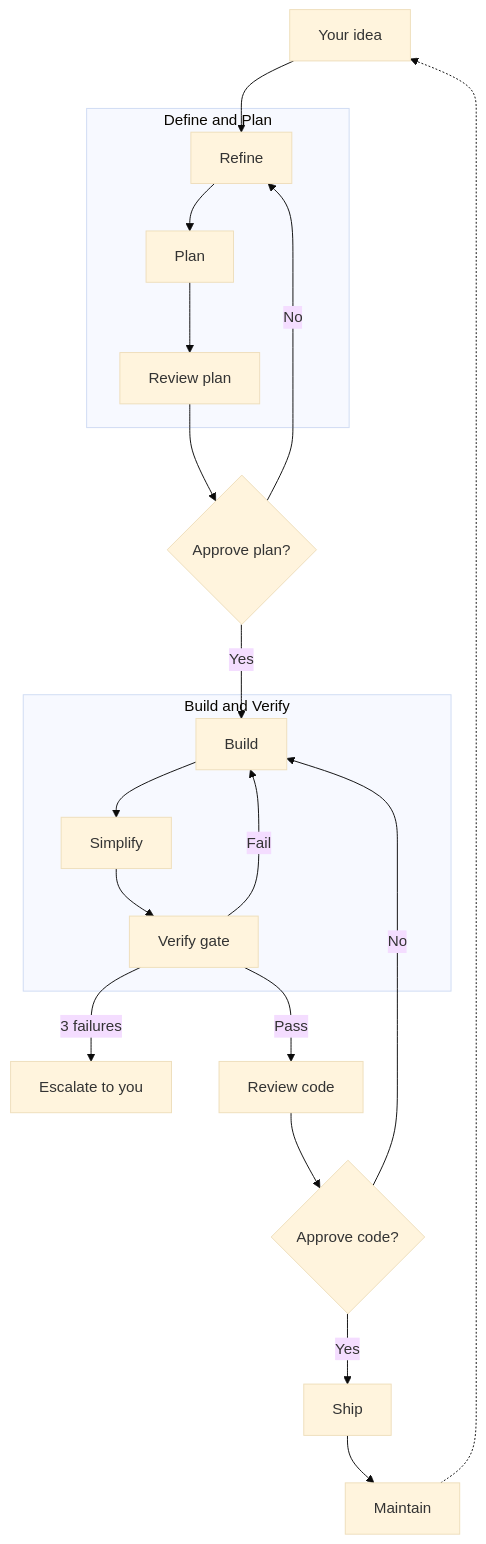
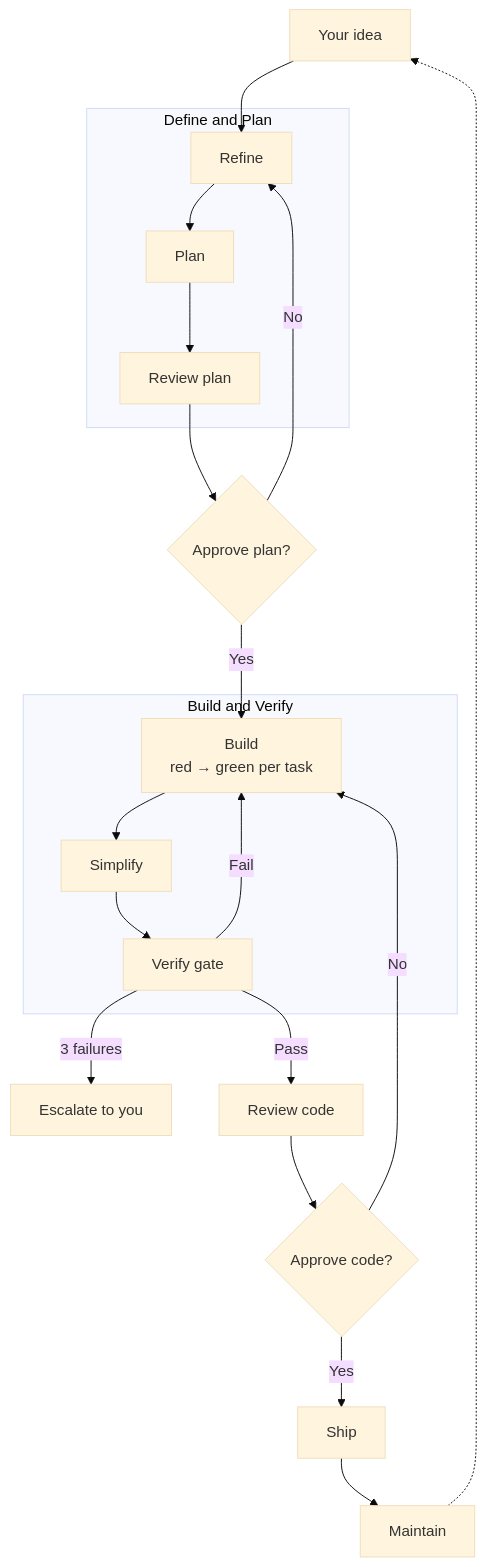
One commit to epzee/agent-ops changed the first of 3 diagrams in README.md. Above: the diagram before and after it, drawn with Mermaid (base theme). The commit also changed other lines of this file and 7 other files, not shown here.

Commit message:
feat: add red-green test first skill

````diff
--- a/README.md
+++ b/README.md
@@ -54,27 +91,27 @@
 ```mermaid
 graph TD
     Input[Your idea]
 
     subgraph auto1 ["Define and Plan"]
         Refine[Refine] --> Plan[Plan] --> ReviewPlan[Review plan]
     end
 
     Input --> Refine
     ReviewPlan --> ApprovePlan{Approve plan?}
     ApprovePlan -->|No| Refine
     ApprovePlan -->|Yes| Build
 
     subgraph auto2 ["Build and Verify"]
-        Build[Build] --> Simplify[Simplify] --> Gate[Verify gate]
+        Build[Build<br/>red → green per task] --> Simplify[Simplify] --> Gate[Verify gate]
     end
 
     Gate -->|Fail| Build
     Gate -->|3 failures| Escalate[Escalate to you]
     Gate -->|Pass| ReviewCode[Review code]
     ReviewCode --> ApproveCode{Approve code?}
     ApproveCode -->|No| Build
     ApproveCode -->|Yes| Ship[Ship]
 
     Ship --> Maintain[Maintain]
     Maintain -.-> Input
 ```
````
